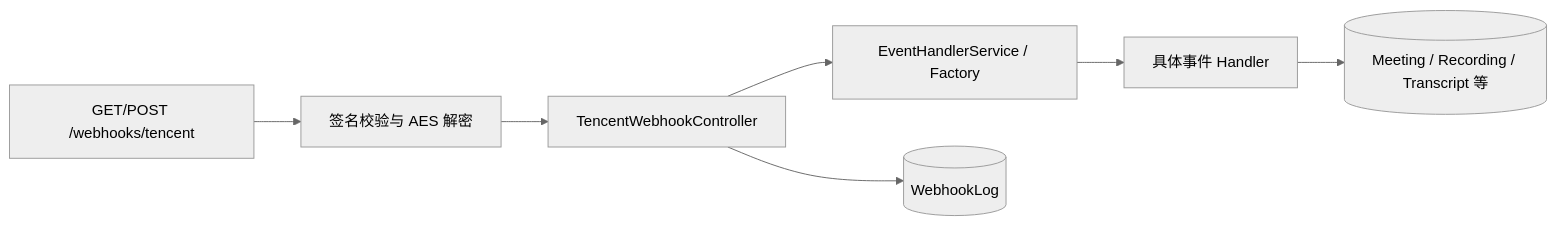
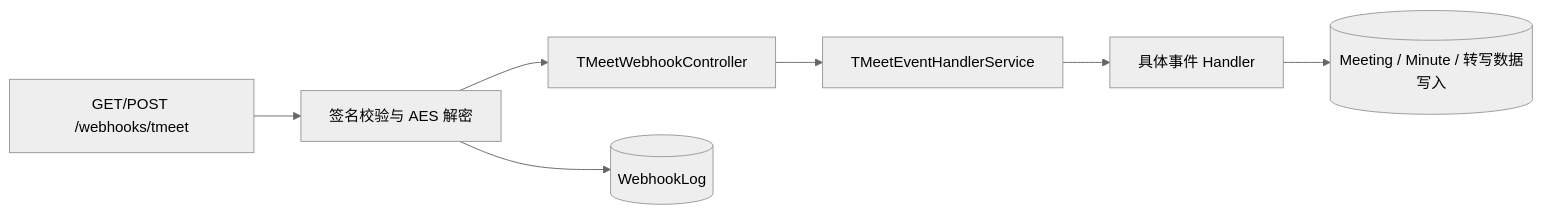
The second of 4 diagrams in docs/developer/architecture/data-flow.md (lulabs-org/nove-api), drawn with Mermaid (neutral theme) before and after one commit. The commit also changed other lines of this file and 85 other files, not shown here.

````diff
--- a/docs/developer/architecture/data-flow.md
+++ b/docs/developer/architecture/data-flow.md
@@ -28,9 +28,9 @@
 ```mermaid
 flowchart LR
-  A[GET/POST /webhooks/tencent] --> B[签名校验与 AES 解密]
-  B --> C[TencentWebhookController]
-  C --> D[EventHandlerService / Factory]
+  A[GET/POST /webhooks/tmeet] --> B[签名校验与 AES 解密]
+  B --> C[TMeetWebhookController]
+  B --> G[(WebhookLog)]
+  C --> D[TMeetEventHandlerService]
   D --> E[具体事件 Handler]
-  E --> F[(Meeting / Recording / Transcript 等)]
-  C --> G[(WebhookLog)]
+  E --> F[(Meeting / Minute / 转写数据写入)]
 ```
````
